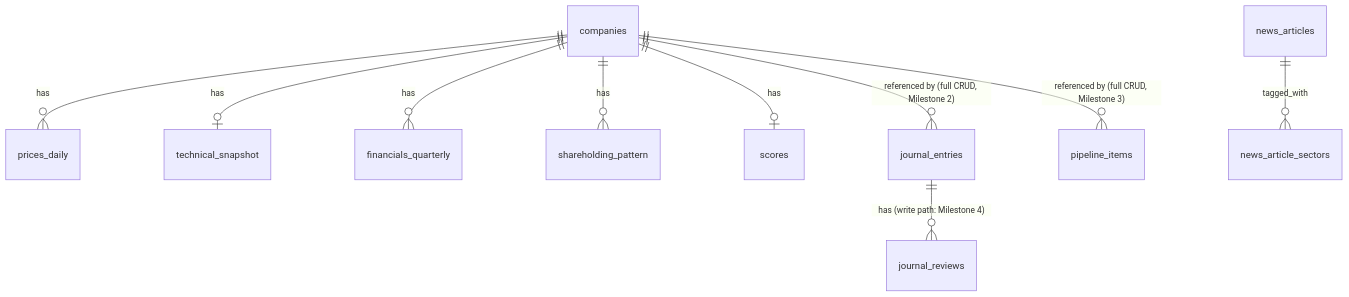
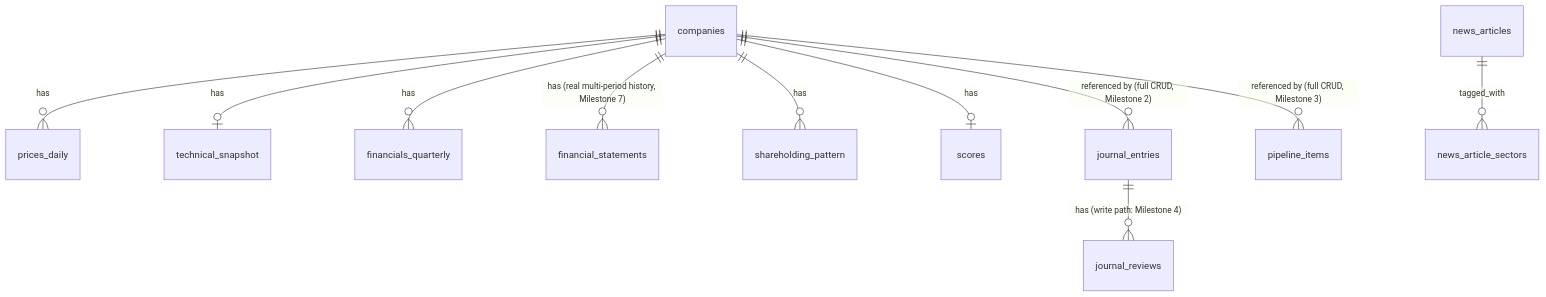
One commit to maths4life/Stock-Finder changed the second of 2 diagrams in ARCHITECTURE.md. Above: the diagram before and after it, drawn with Mermaid. The commit also changed other lines of this file and 87 other files, not shown here.

Commit message:
Implement financial statements, shareholding, and expanded stock universe

````diff
--- a/ARCHITECTURE.md
+++ b/ARCHITECTURE.md
@@ -154,12 +164,13 @@
 ```mermaid
 erDiagram
     companies ||--o{ prices_daily : has
     companies ||--o| technical_snapshot : has
     companies ||--o{ financials_quarterly : has
+    companies ||--o{ financial_statements : "has (real multi-period history, Milestone 7)"
     companies ||--o{ shareholding_pattern : has
     companies ||--o| scores : has
     companies ||--o{ journal_entries : "referenced by (full CRUD, Milestone 2)"
     journal_entries ||--o{ journal_reviews : "has (write path: Milestone 4)"
     companies ||--o{ pipeline_items : "referenced by (full CRUD, Milestone 3)"
     news_articles ||--o{ news_article_sectors : tagged_with
 ```
````
